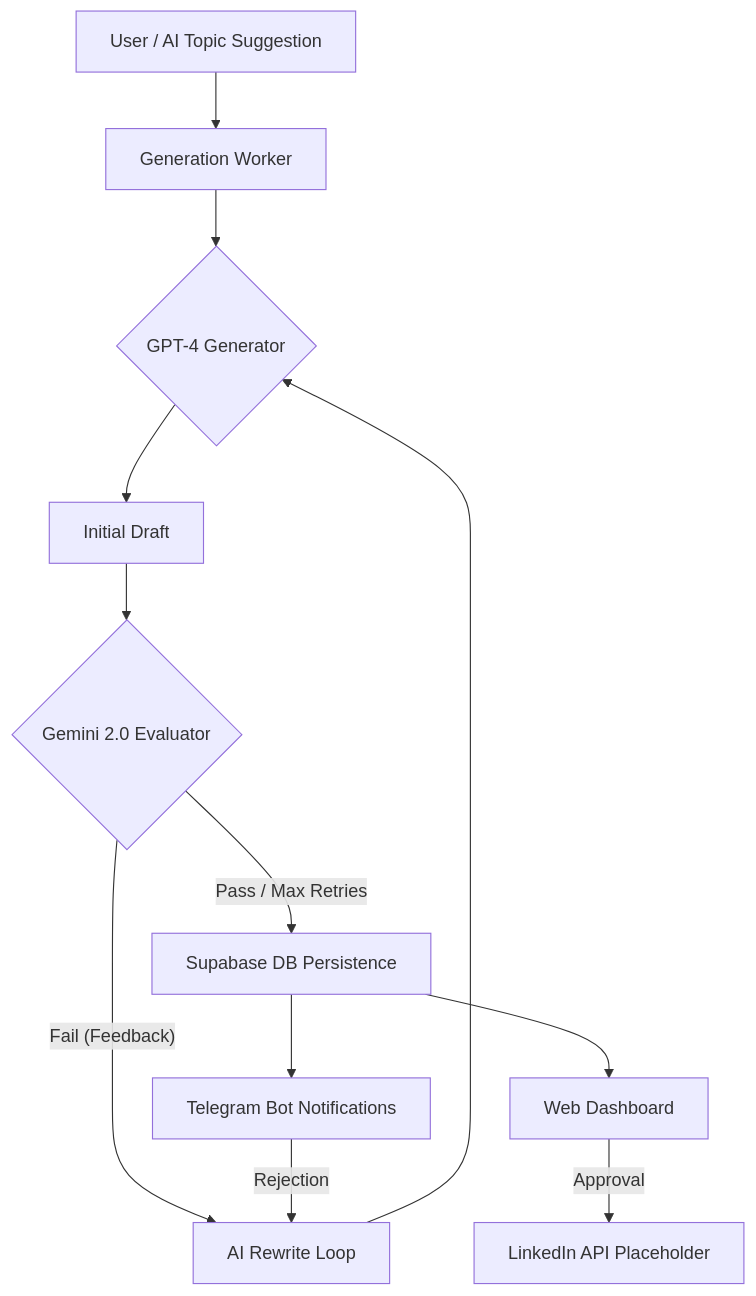
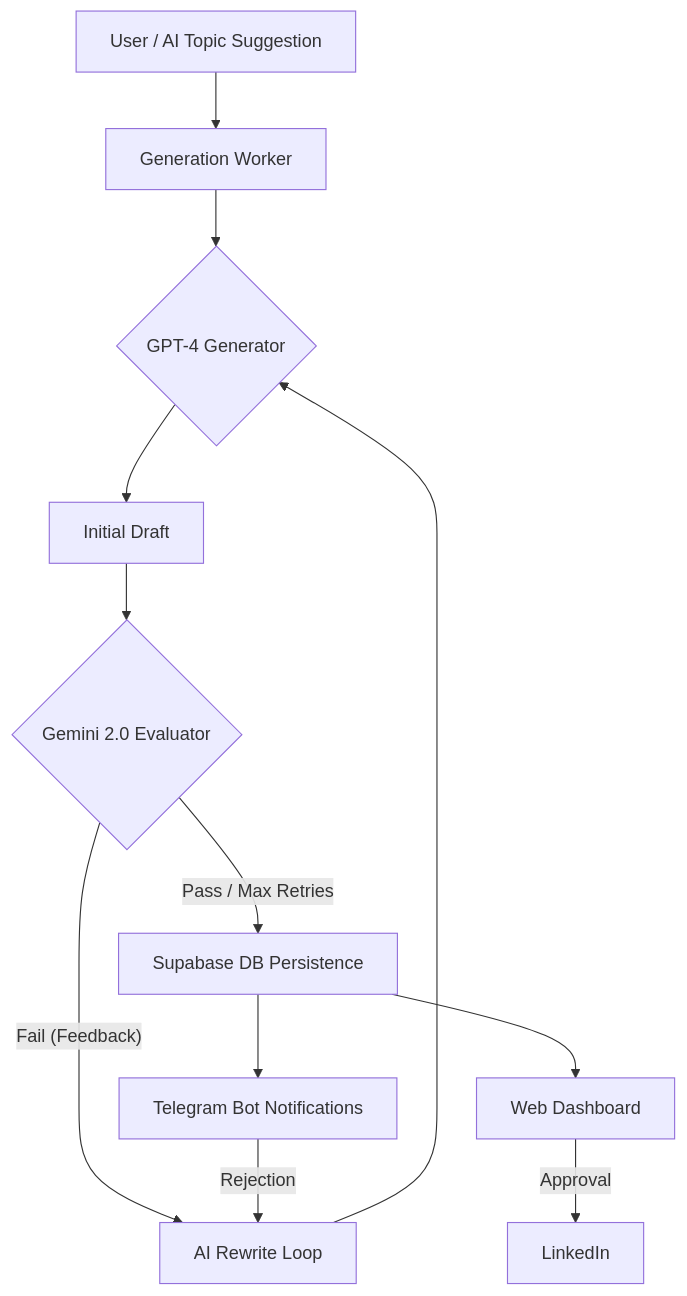
Before and after one commit to onwurahben/redraft-v1: the diagram in README.md, drawn with Mermaid.

````diff
--- a/README.md
+++ b/README.md
@@ -25,14 +25,14 @@
 ```mermaid
 graph TD
     A[User / AI Topic Suggestion] --> B[Generation Worker]
     B --> C{GPT-4 Generator}
     C --> D[Initial Draft]
     D --> E{Gemini 2.0 Evaluator}
     E -- Fail (Feedback) --> F[AI Rewrite Loop]
     F --> C
     E -- Pass / Max Retries --> G[Supabase DB Persistence]
     G --> H[Web Dashboard]
     G --> I[Telegram Bot Notifications]
-    H -- Approval --> J[LinkedIn API Placeholder]
+    H -- Approval --> J[LinkedIn]
     I -- Rejection --> F
 ```
````
